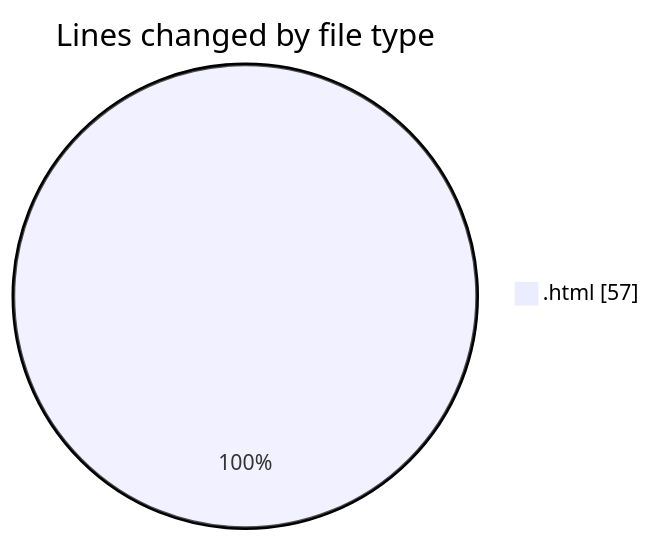
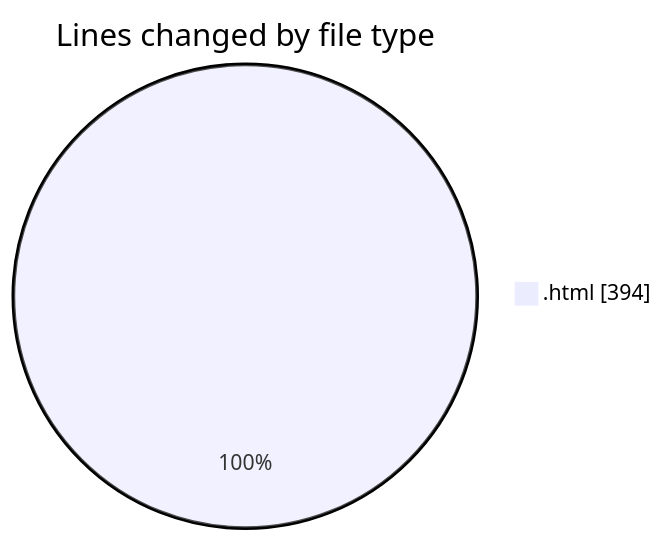
The first of 2 diagrams in 2025-01-28/0starter_files/README.md (Ritupan-Deka/code-tracking), drawn with Mermaid before and after one commit. The commit also changed other lines of this file and 1 other file, not shown here.

````diff
--- a/2025-01-28/0starter_files/README.md
+++ b/2025-01-28/0starter_files/README.md
@@ -20,5 +20,5 @@
 ```mermaid
 pie showData
 title Lines changed by file type
-".html" : 57
+".html" : 394
 ```
````
